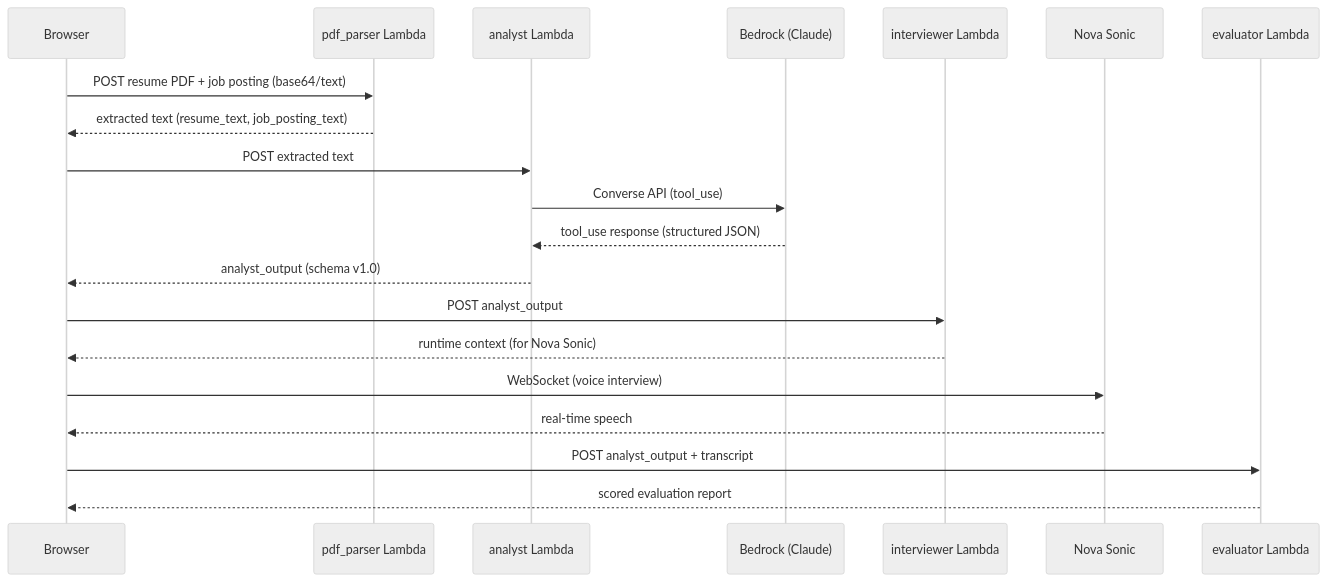
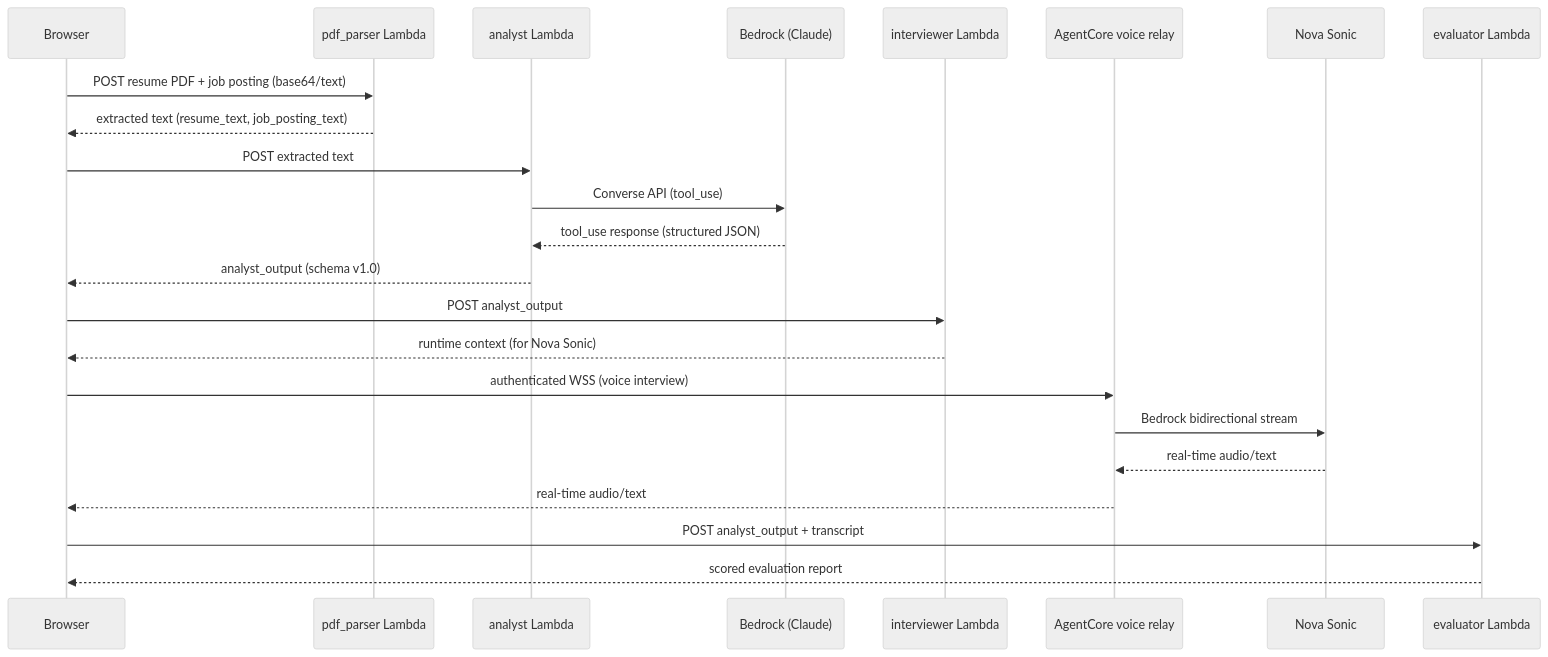
Before and after one commit to Jade-ok/CIC_mock-interview-coach: the first of 2 diagrams in .kiro/specs/resume-analysis-pipeline/design.md, drawn with Mermaid (neutral theme). The commit also changed other lines of this file and 14 other files, not shown here.

````diff
--- a/.kiro/specs/resume-analysis-pipeline/design.md
+++ b/.kiro/specs/resume-analysis-pipeline/design.md
@@ -24,23 +24,26 @@
 ```mermaid
 sequenceDiagram
     participant Browser
     participant PdfParser as pdf_parser Lambda
     participant Analyst as analyst Lambda
     participant Bedrock as Bedrock (Claude)
     participant Interviewer as interviewer Lambda
+    participant AgentCore as AgentCore voice relay
     participant NovaSonic as Nova Sonic
     participant Evaluator as evaluator Lambda
 
     Browser->>PdfParser: POST resume PDF + job posting (base64/text)
     PdfParser-->>Browser: extracted text (resume_text, job_posting_text)
     Browser->>Analyst: POST extracted text
     Analyst->>Bedrock: Converse API (tool_use)
     Bedrock-->>Analyst: tool_use response (structured JSON)
     Analyst-->>Browser: analyst_output (schema v1.0)
     Browser->>Interviewer: POST analyst_output
     Interviewer-->>Browser: runtime context (for Nova Sonic)
-    Browser->>NovaSonic: WebSocket (voice interview)
-    NovaSonic-->>Browser: real-time speech
+    Browser->>AgentCore: authenticated WSS (voice interview)
+    AgentCore->>NovaSonic: Bedrock bidirectional stream
+    NovaSonic-->>AgentCore: real-time audio/text
+    AgentCore-->>Browser: real-time audio/text
     Browser->>Evaluator: POST analyst_output + transcript
     Evaluator-->>Browser: scored evaluation report
 ```
````
